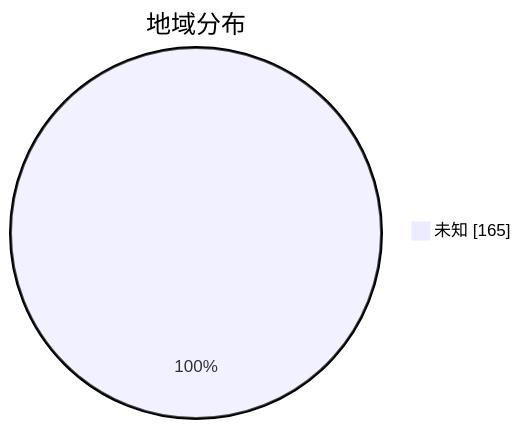
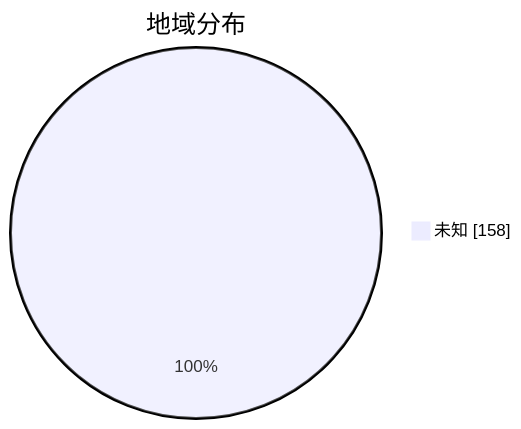
One commit to qjlxg/airport changed the second of 3 diagrams in subs/statistics/tested_within.md. Above: the diagram before and after it, drawn with Mermaid. The commit also changed other lines of this file and 2 other files, not shown here.

````diff
--- a/subs/statistics/tested_within.md
+++ b/subs/statistics/tested_within.md
@@ -13,5 +11,5 @@
 ```mermaid
 pie showData
 title 地域分布
-"未知" : 165
+"未知" : 158
 ```
````
